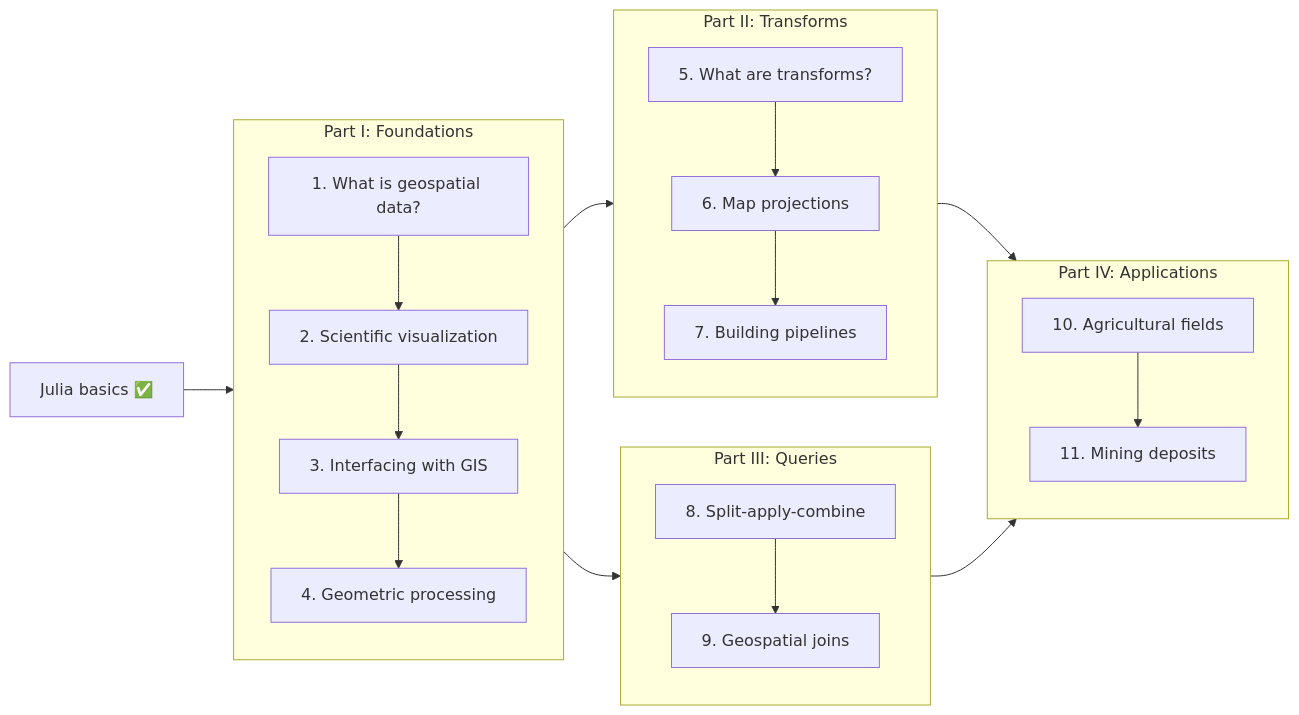
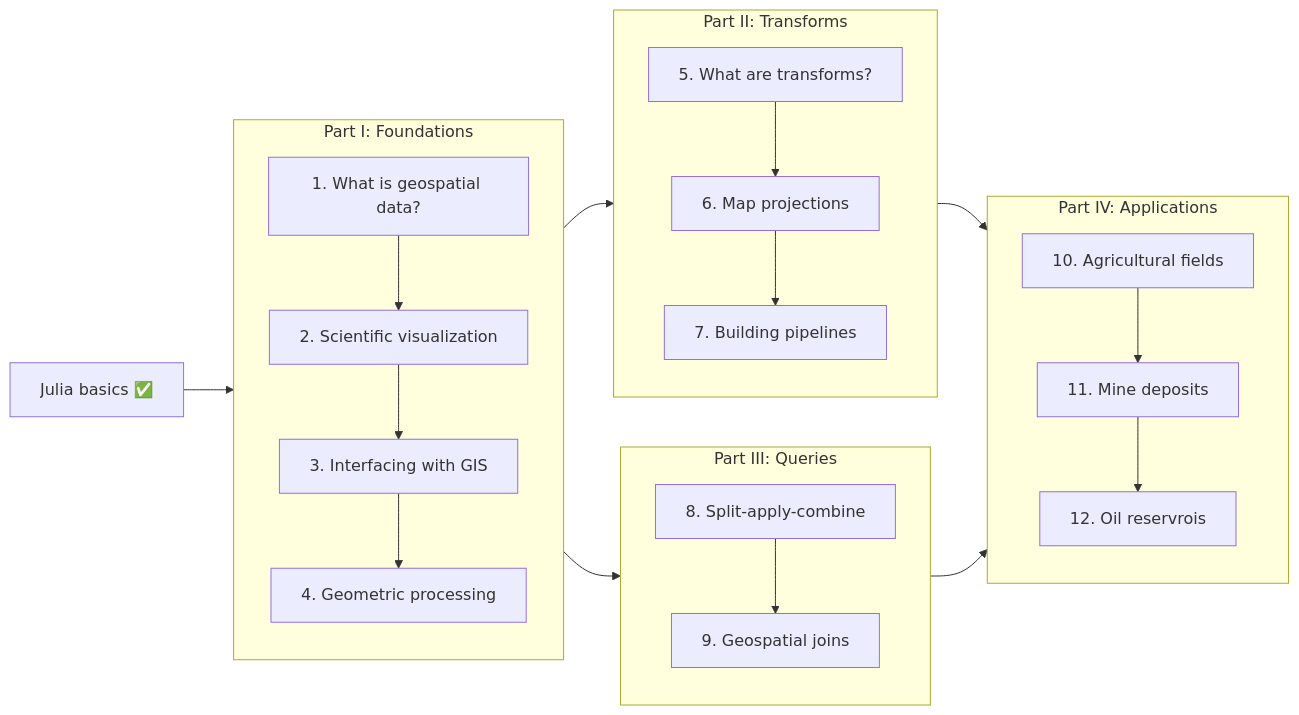
One commit to JuliaEarth/geospatial-data-science-with-julia changed the diagram in preface.qmd. Above: the diagram before and after it, drawn with Mermaid. The commit also changed 7 other files, not shown here.

````diff
--- a/preface.qmd
+++ b/preface.qmd
@@ -51,34 +51,36 @@
 ```{mermaid}
 flowchart LR
   preread["Julia basics ✅"] --> partI
   subgraph partI["Part I: Foundations"]
     chapter1["1. What is geospatial data?"]
     chapter2["2. Scientific visualization"]
     chapter3["3. Interfacing with GIS"]
     chapter4["4. Geometric processing"]
     chapter1 --> chapter2
     chapter2 --> chapter3
     chapter3 --> chapter4
   end
   subgraph partII["Part II: Transforms"]
     chapter5["5. What are transforms?"]
     chapter6["6. Map projections"]
     chapter7["7. Building pipelines"]
     chapter5 --> chapter6
     chapter6 --> chapter7
   end
   subgraph partIII["Part III: Queries"]
     chapter8["8. Split-apply-combine"]
     chapter9["9. Geospatial joins"]
     chapter8 --> chapter9
   end
   subgraph partIV["Part IV: Applications"]
     chapter10["10. Agricultural fields"]
-    chapter11["11. Mining deposits"]
+    chapter11["11. Mine deposits"]
+    chapter12["12. Oil reservrois"]
     chapter10 --> chapter11
+    chapter11 --> chapter12
   end
   partI --> partII
   partI --> partIII
   partII --> partIV
   partIII --> partIV
 ```
````
